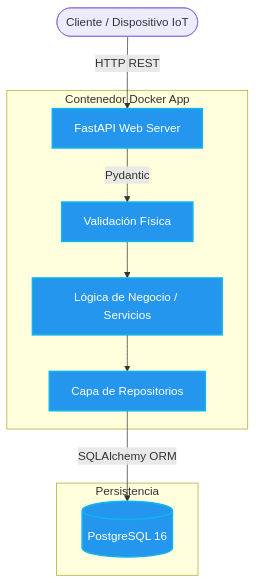
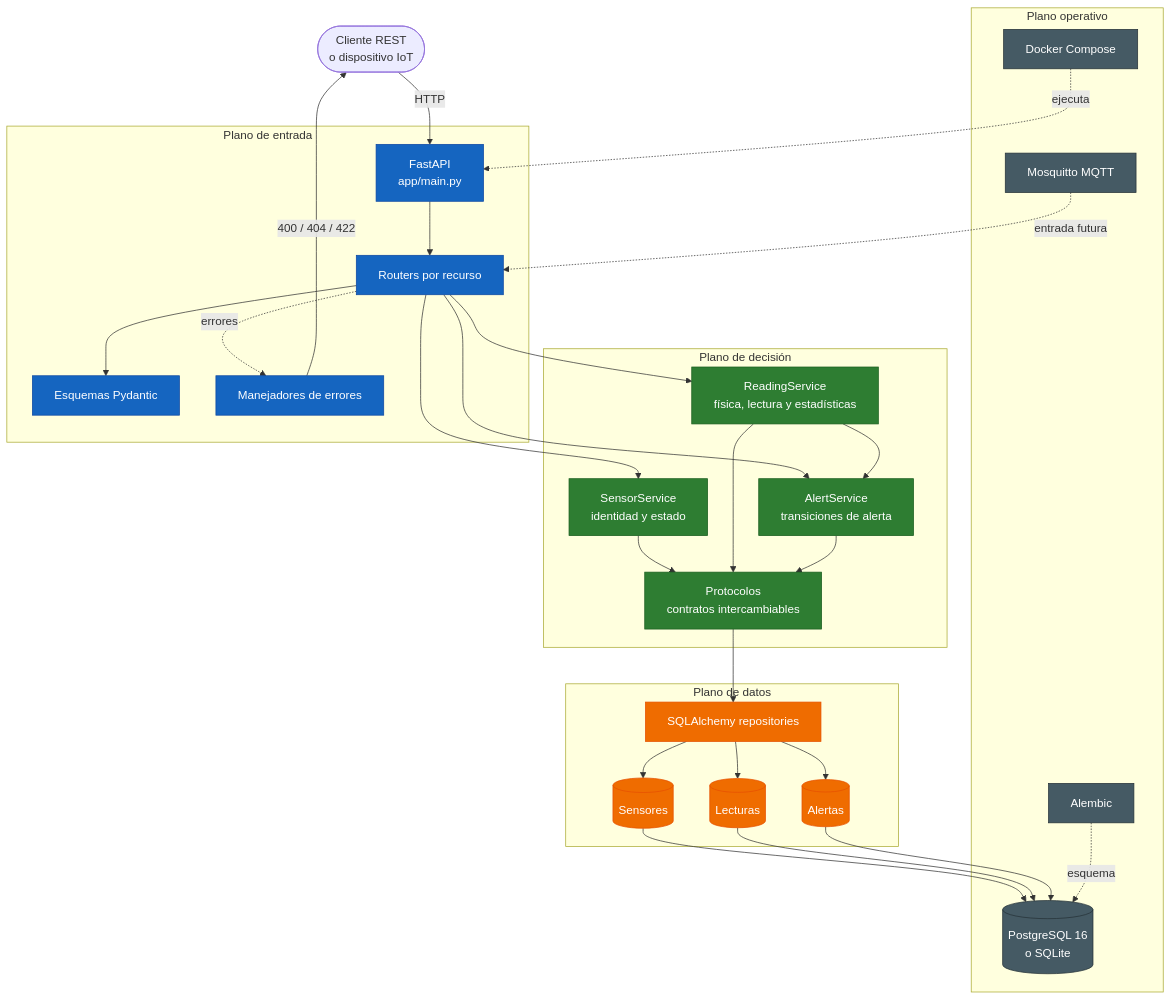
One commit to CherryStraw5337/Sensorhub-API---CherryStraw changed the first of 2 diagrams in README.md. Above: the diagram before and after it, drawn with Mermaid. The commit also changed other lines of this file and 22 other files, not shown here.

````diff
--- a/README.md
+++ b/README.md
@@ -49,16 +104,62 @@
 ```mermaid
-graph TD
-Client([Cliente / Dispositivo IoT]) -->|HTTP REST| API[FastAPI Web Server]
-subgraph Contenedor Docker App
-API -->|Pydantic| Validators[Validación Física]
-Validators --> Services[Lógica de Negocio / Servicios]
-Services --> Repos[Capa de Repositorios]
-end
-subgraph Persistencia
-Repos -->|SQLAlchemy ORM| DB[(PostgreSQL 16)]
-end
-classDef aws fill:#FF9900,stroke:#232F3E,stroke-width:2px,color:white;
-classDef docker fill:#2496ED,stroke:#0db7ed,stroke-width:2px,color:white;
-class API,Validators,Services,Repos docker;
-class DB docker;
+flowchart TB
+    Device([Cliente REST<br/>o dispositivo IoT])
+
+    subgraph Edge[Plano de entrada]
+        App[FastAPI<br/>app/main.py]
+        Route[Routers por recurso]
+        Contract[Esquemas Pydantic]
+        Errors[Manejadores de errores]
+    end
+
+    subgraph Decision[Plano de decisión]
+        SensorLogic[SensorService<br/>identidad y estado]
+        ReadingLogic[ReadingService<br/>física, lectura y estadísticas]
+        AlertLogic[AlertService<br/>transiciones de alerta]
+        Policy[Protocolos<br/>contratos intercambiables]
+    end
+
+    subgraph Data[Plano de datos]
+        SensorData[(Sensores)]
+        ReadingData[(Lecturas)]
+        AlertData[(Alertas)]
+        SQL[SQLAlchemy repositories]
+    end
+
+    subgraph Runtime[Plano operativo]
+        DB[(PostgreSQL 16<br/>o SQLite)]
+        Migration[Alembic]
+        Compose[Docker Compose]
+        Broker[Mosquitto MQTT]
+    end
+
+    Device -->|HTTP| App --> Route
+    Route --> Contract
+    Route --> SensorLogic
+    Route --> ReadingLogic
+    Route --> AlertLogic
+    Route -. errores .-> Errors -->|400 / 404 / 422| Device
+    SensorLogic --> Policy --> SQL
+    ReadingLogic --> Policy
+    ReadingLogic --> AlertLogic
+    AlertLogic --> Policy
+    SQL --> SensorData
+    SQL --> ReadingData
+    SQL --> AlertData
+    SensorData --> DB
+    ReadingData --> DB
+    AlertData --> DB
+    Migration -. esquema .-> DB
+    Compose -. ejecuta .-> App
+    Broker -. entrada futura .-> Route
+
+    classDef edge fill:#1565C0,stroke:#0D47A1,color:#fff;
+    classDef decision fill:#2E7D32,stroke:#1B5E20,color:#fff;
+    classDef data fill:#EF6C00,stroke:#E65100,color:#fff;
+    classDef runtime fill:#455A64,stroke:#263238,color:#fff;
+    class App,Route,Contract,Errors edge;
+    class SensorLogic,ReadingLogic,AlertLogic,Policy decision;
+    class SensorData,ReadingData,AlertData,SQL data;
+    class DB,Migration,Compose,Broker runtime;
+
 ```
````
